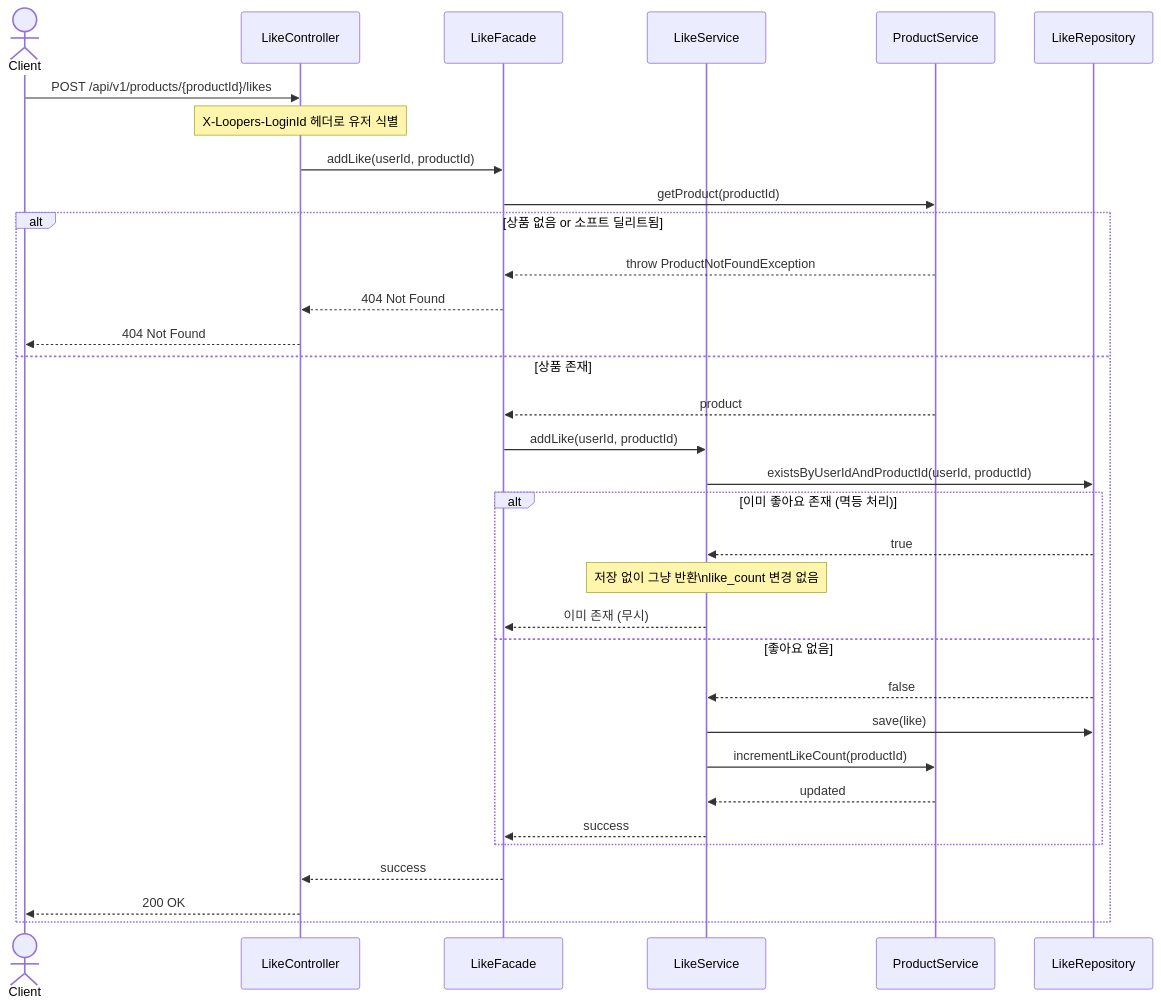
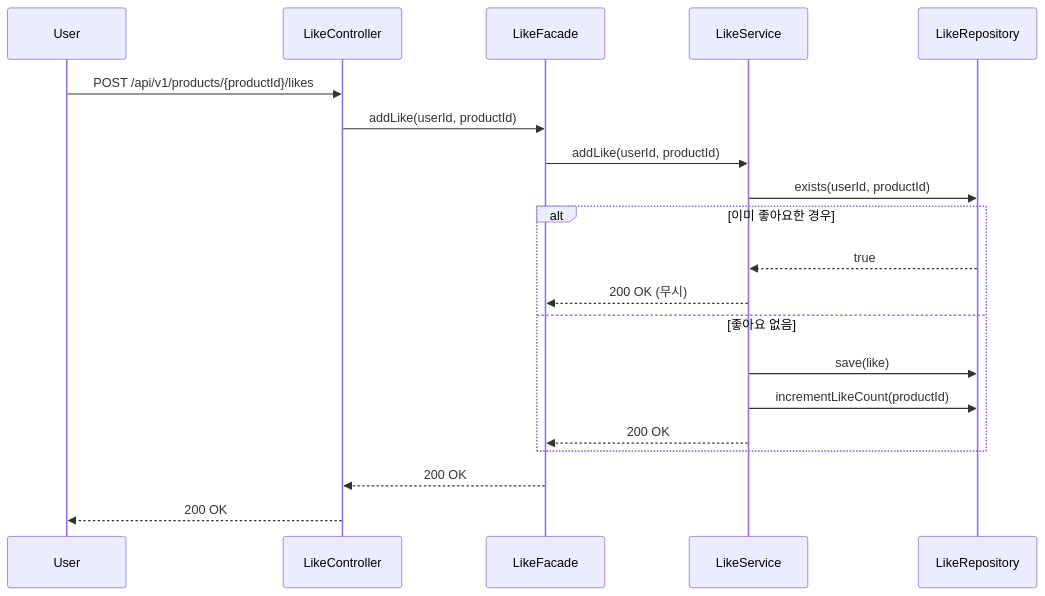
The second of 3 diagrams in docs/week2/02-sequence-diagrams.md (loopers-labs/loop-pack-be-l2-vol4-java), drawn with Mermaid before and after one commit. The commit also changed other lines of this file, not shown here.

Commit message:
docs: 시퀀스 다이어그램 Facade 패턴 반영 및 구조 간결화

````diff
--- a/docs/week2/02-sequence-diagrams.md
+++ b/docs/week2/02-sequence-diagrams.md
@@ -86,41 +55,25 @@
 ```mermaid
 sequenceDiagram
-    actor Client
-    participant Controller as LikeController
-    participant Facade as LikeFacade
-    participant LikeSvc as LikeService
-    participant ProductSvc as ProductService
-    participant LikeRepo as LikeRepository
+    participant User
+    participant LikeController
+    participant LikeFacade
+    participant LikeService
+    participant LikeRepository
 
-    Client->>Controller: POST /api/v1/products/{productId}/likes
-    Note over Controller: X-Loopers-LoginId 헤더로 유저 식별
+    User->>LikeController: POST /api/v1/products/{productId}/likes
+    LikeController->>LikeFacade: addLike(userId, productId)
+    LikeFacade->>LikeService: addLike(userId, productId)
+    LikeService->>LikeRepository: exists(userId, productId)
 
-    Controller->>Facade: addLike(userId, productId)
+    alt 이미 좋아요한 경우
+        LikeRepository-->>LikeService: true
+        LikeService-->>LikeFacade: 200 OK (무시)
+    else 좋아요 없음
+        LikeService->>LikeRepository: save(like)
+        LikeService->>LikeRepository: incrementLikeCount(productId)
+        LikeService-->>LikeFacade: 200 OK
+    end
 
-    Facade->>ProductSvc: getProduct(productId)
-    alt 상품 없음 or 소프트 딜리트됨
-        ProductSvc-->>Facade: throw ProductNotFoundException
-        Facade-->>Controller: 404 Not Found
-        Controller-->>Client: 404 Not Found
-    else 상품 존재
-        ProductSvc-->>Facade: product
-
-        Facade->>LikeSvc: addLike(userId, productId)
-        LikeSvc->>LikeRepo: existsByUserIdAndProductId(userId, productId)
-
-        alt 이미 좋아요 존재 (멱등 처리)
-            LikeRepo-->>LikeSvc: true
-            Note over LikeSvc: 저장 없이 그냥 반환\nlike_count 변경 없음
-            LikeSvc-->>Facade: 이미 존재 (무시)
-        else 좋아요 없음
-            LikeRepo-->>LikeSvc: false
-            LikeSvc->>LikeRepo: save(like)
-            LikeSvc->>ProductSvc: incrementLikeCount(productId)
-            ProductSvc-->>LikeSvc: updated
-            LikeSvc-->>Facade: success
-        end
-
-        Facade-->>Controller: success
-        Controller-->>Client: 200 OK
-    end
+    LikeFacade-->>LikeController: 200 OK
+    LikeController-->>User: 200 OK
 ```
````
